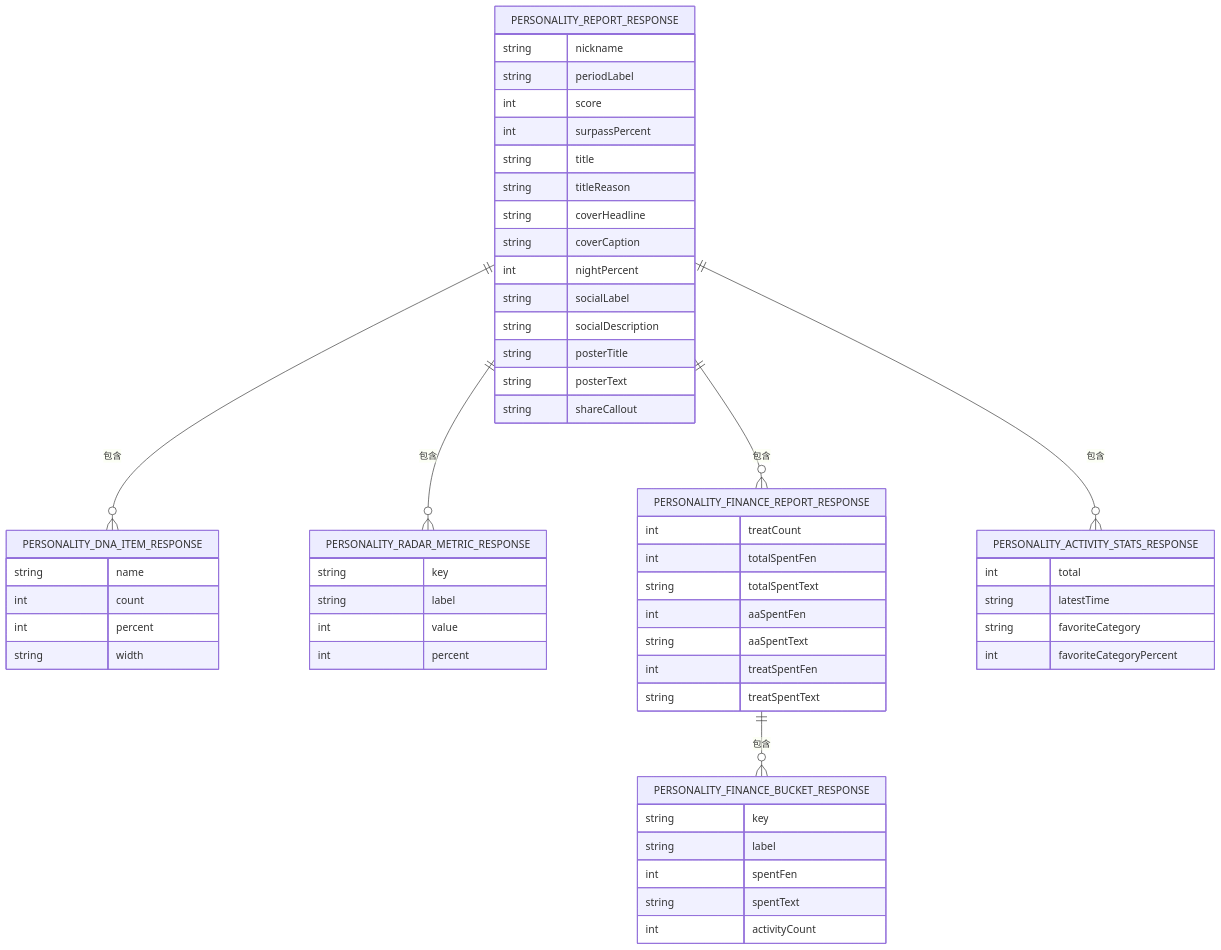
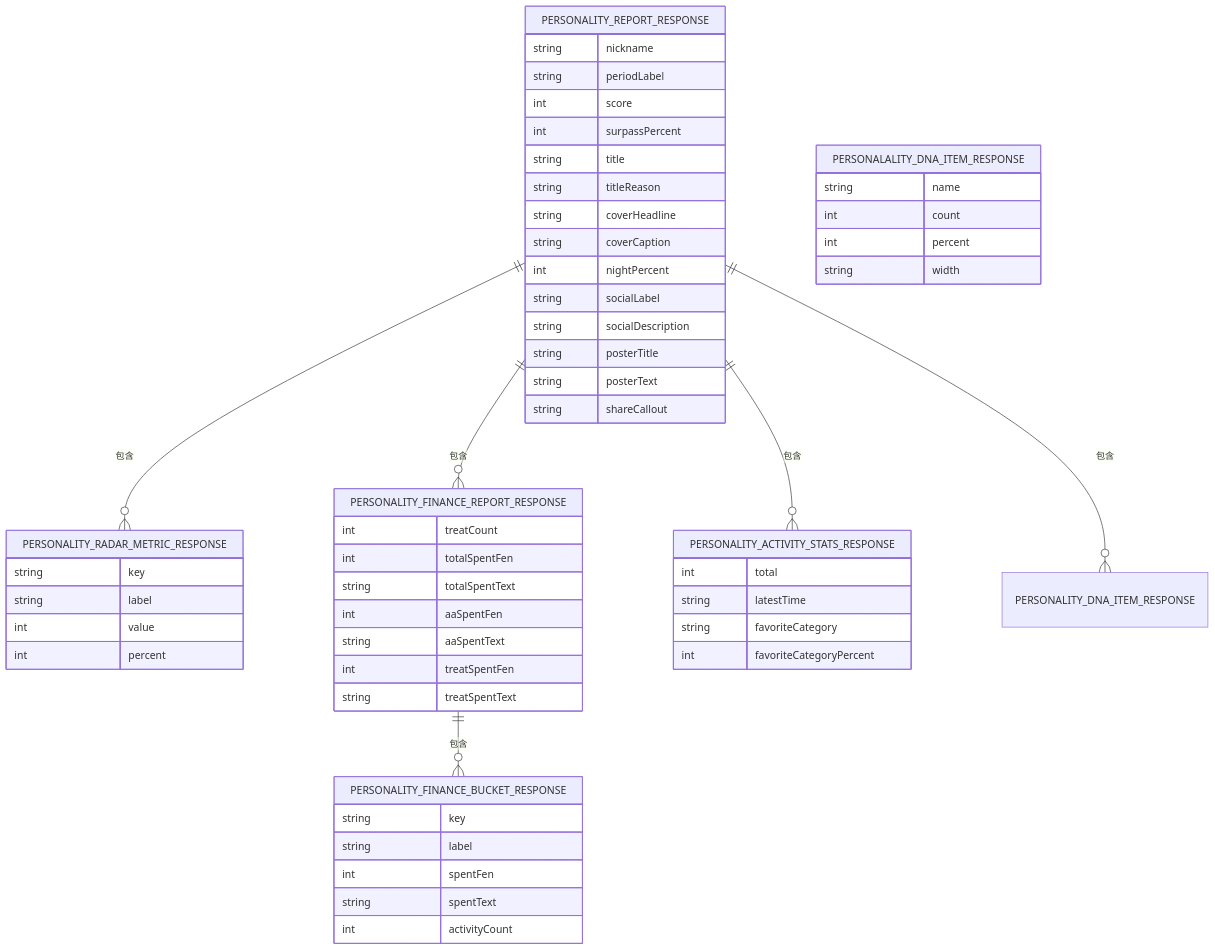
One commit to cwxiao/zugeju changed the fifth of 8 diagrams in .qoder/repowiki/zh/content/前端开发/页面组件开发/个人画像页面开发.md. Above: the diagram before and after it, drawn with Mermaid. The commit also changed other lines of this file and 39 other files, not shown here.

First line of the commit message:
前端优化：压缩UI装饰图至38KB + 精简各页面冗余文案

````diff
--- a/.qoder/repowiki/zh/content/前端开发/页面组件开发/个人画像页面开发.md
+++ b/.qoder/repowiki/zh/content/前端开发/页面组件开发/个人画像页面开发.md
@@ -244,58 +277,58 @@
 ```mermaid
 erDiagram
 PERSONALITY_REPORT_RESPONSE {
 string nickname
 string periodLabel
 int score
 int surpassPercent
 string title
 string titleReason
 string coverHeadline
 string coverCaption
 int nightPercent
 string socialLabel
 string socialDescription
 string posterTitle
 string posterText
 string shareCallout
 }
-PERSONALITY_DNA_ITEM_RESPONSE {
+PERSONALALITY_DNA_ITEM_RESPONSE {
 string name
 int count
 int percent
 string width
 }
 PERSONALITY_RADAR_METRIC_RESPONSE {
 string key
 string label
 int value
 int percent
 }
 PERSONALITY_FINANCE_REPORT_RESPONSE {
 int treatCount
 int totalSpentFen
 string totalSpentText
 int aaSpentFen
 string aaSpentText
 int treatSpentFen
 string treatSpentText
 }
 PERSONALITY_ACTIVITY_STATS_RESPONSE {
 int total
 string latestTime
 string favoriteCategory
 int favoriteCategoryPercent
 }
 PERSONALITY_FINANCE_BUCKET_RESPONSE {
 string key
 string label
 int spentFen
 string spentText
 int activityCount
 }
 PERSONALITY_REPORT_RESPONSE ||--o{ PERSONALITY_DNA_ITEM_RESPONSE : "包含"
 PERSONALITY_REPORT_RESPONSE ||--o{ PERSONALITY_RADAR_METRIC_RESPONSE : "包含"
 PERSONALITY_REPORT_RESPONSE ||--o{ PERSONALITY_FINANCE_REPORT_RESPONSE : "包含"
 PERSONALITY_REPORT_RESPONSE ||--o{ PERSONALITY_ACTIVITY_STATS_RESPONSE : "包含"
 PERSONALITY_FINANCE_REPORT_RESPONSE ||--o{ PERSONALITY_FINANCE_BUCKET_RESPONSE : "包含"
 ```
````
